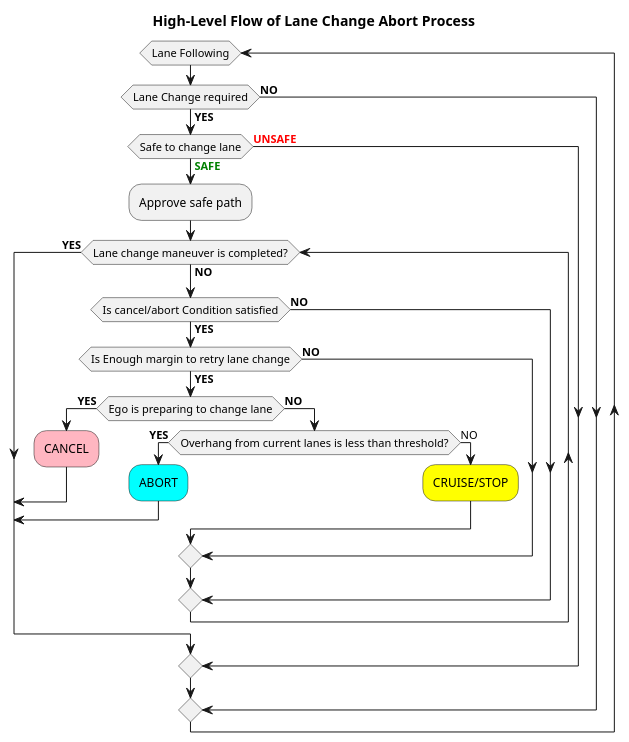
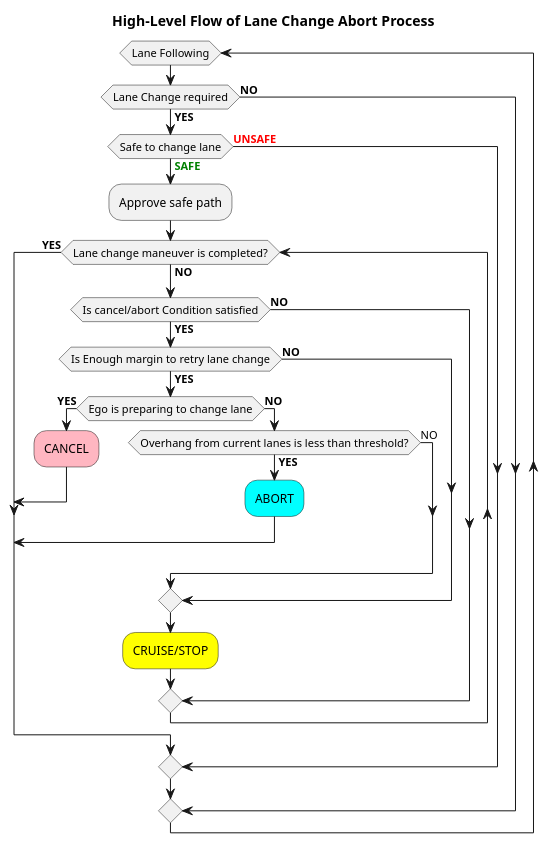
One commit to autowarefoundation/autoware.universe changed the tenth of 11 diagrams in planning/behavior_path_planner/autoware_behavior_path_lane_change_module/README.md. Above: the diagram before and after it, drawn with PlantUML. The commit also changed other lines of this file, not shown here.

Commit message:
revise flow chart

````diff
--- a/planning/behavior_path_planner/autoware_behavior_path_lane_change_module/README.md
+++ b/planning/behavior_path_planner/autoware_behavior_path_lane_change_module/README.md
@@ -817,40 +817,39 @@
 ```plantuml
 @startuml
 skinparam defaultTextAlignment center
 skinparam backgroundColor #WHITE
 
 title High-Level Flow of Lane Change Abort Process
 
 while(Lane Following)
   if (Lane Change required) then (**YES**)
     if (Safe to change lane) then (<color:green><b>SAFE</b></color>)
       :Approve safe path;
       while(Lane change maneuver is completed?) is (**NO**)
           if (Is cancel/abort Condition satisfied) then (**NO**)
           else (**YES**)
             if (Is Enough margin to retry lane change) then (**YES**)
               if (Ego is preparing to change lane) then (**YES**)
               #LightPink:CANCEL;
               break
               else (**NO**)
               if (Overhang from current lanes is less than threshold?) then (**YES**)
               #Cyan:ABORT;
               break
               else (NO)
-              #Yellow:CRUISE/STOP;
               endif
             endif
           else (**NO**)
           endif
-
+          #Yellow:CRUISE/STOP;
         endif
       endwhile (**YES**)
     else (<color:red><b>UNSAFE</b></color>)
     endif
   else (**NO**)
   endif
 endwhile
 -[hidden]->
 detach
 @enduml
 ```
````
